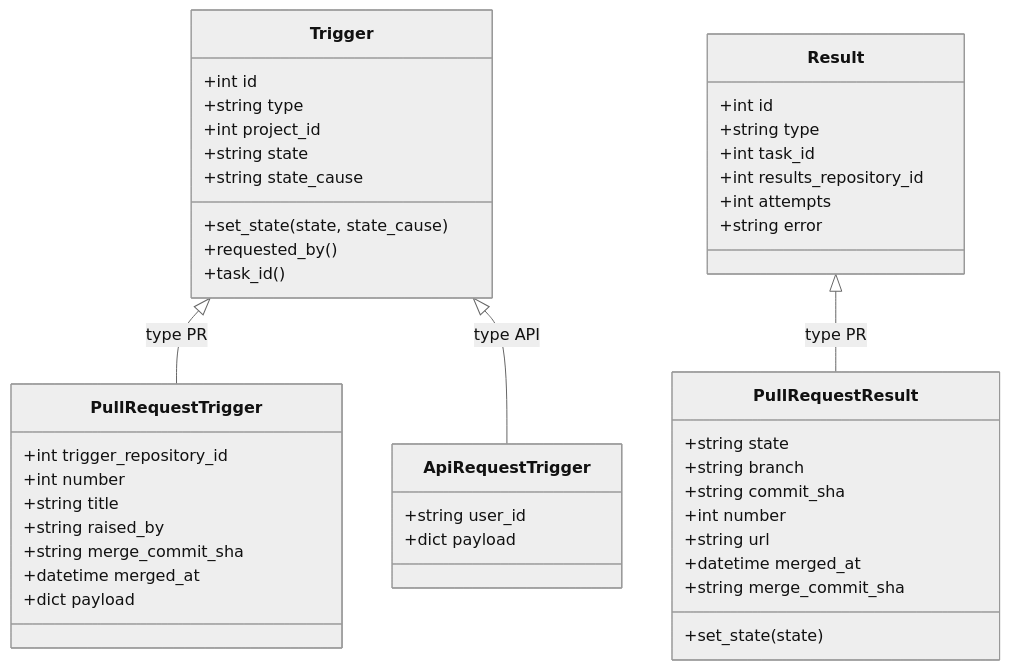
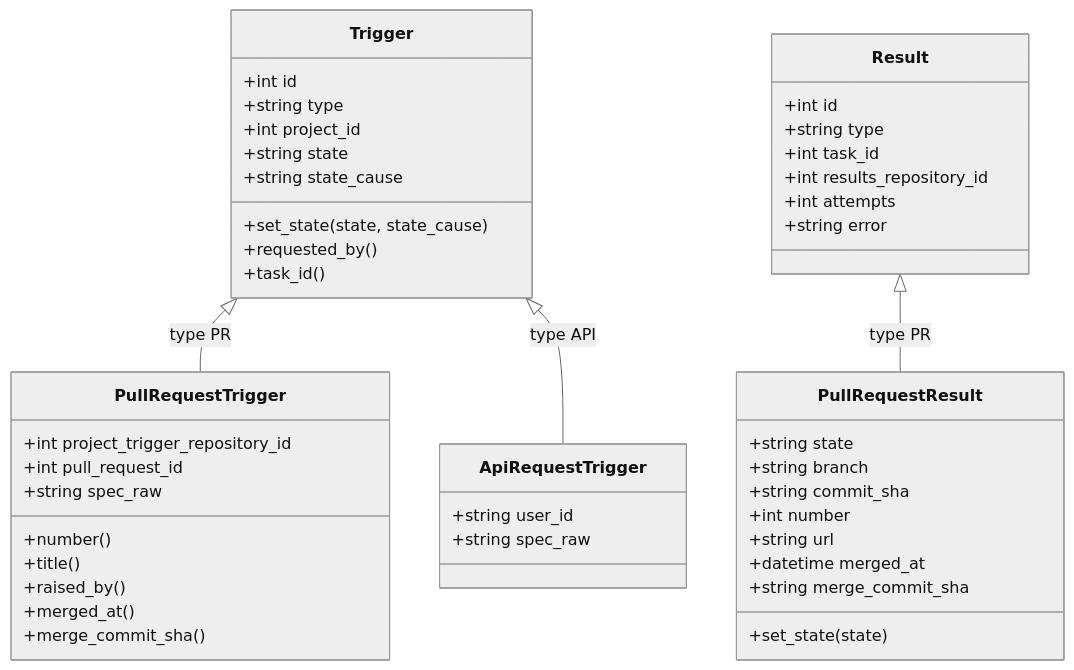
One commit to Aridhia-Open-Source/PHEMS_federated_node changed the second of 5 diagrams in docs/architecture/entities.md. Above: the diagram before and after it, drawn with Mermaid (neutral theme). The commit also changed other lines of this file and 33 other files, not shown here.

````diff
--- a/docs/architecture/entities.md
+++ b/docs/architecture/entities.md
@@ -135,48 +186,49 @@
 ```mermaid
 classDiagram
     class Trigger {
         +int id
         +string type
         +int project_id
         +string state
         +string state_cause
         +set_state(state, state_cause)
         +requested_by()
         +task_id()
     }
     class PullRequestTrigger {
-        +int trigger_repository_id
-        +int number
-        +string title
-        +string raised_by
-        +string merge_commit_sha
-        +datetime merged_at
-        +dict payload
+        +int project_trigger_repository_id
+        +int pull_request_id
+        +string spec_raw
+        +number()
+        +title()
+        +raised_by()
+        +merged_at()
+        +merge_commit_sha()
     }
     class ApiRequestTrigger {
         +string user_id
-        +dict payload
+        +string spec_raw
     }
     Trigger <|-- PullRequestTrigger : type PR
     Trigger <|-- ApiRequestTrigger : type API
 
     class Result {
         +int id
         +string type
         +int task_id
         +int results_repository_id
         +int attempts
         +string error
     }
     class PullRequestResult {
         +string state
         +string branch
         +string commit_sha
         +int number
         +string url
         +datetime merged_at
         +string merge_commit_sha
         +set_state(state)
     }
     Result <|-- PullRequestResult : type PR
 ```
````
